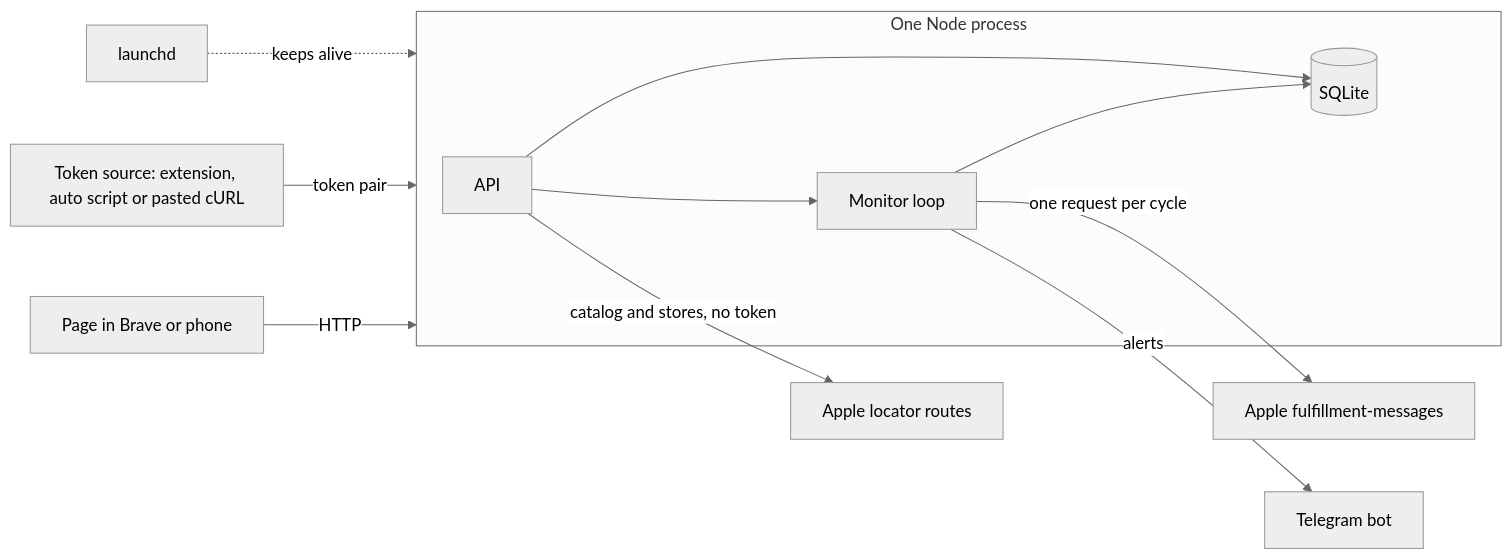
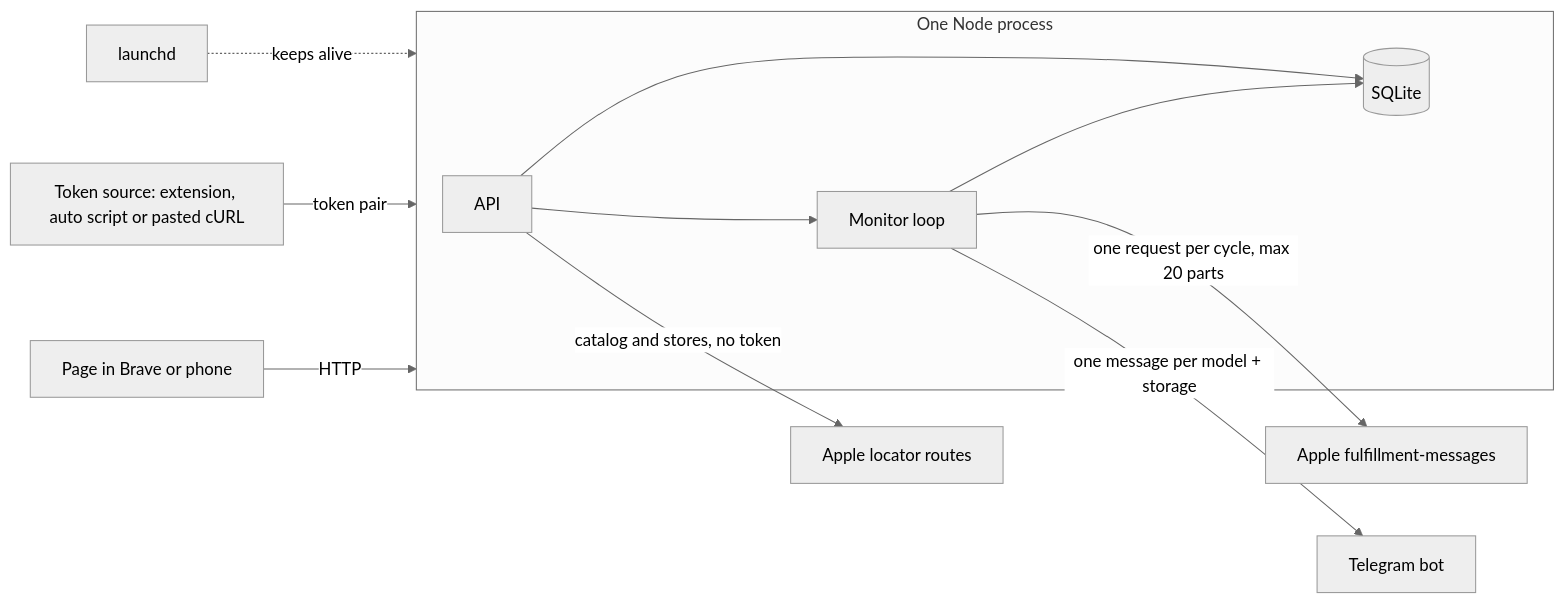
One commit to fabricio21x/apple-pickup-watch changed the first of 2 diagrams in docs/features/2026-10-22-pickup-watch/overview.md. Above: the diagram before and after it, drawn with Mermaid (neutral theme). The commit also changed other lines of this file and 2 other files, not shown here.

Commit message:
docs: apply amendment panel findings and per-color buy buttons for pickup-watch

````diff
--- a/docs/features/2026-10-22-pickup-watch/overview.md
+++ b/docs/features/2026-10-22-pickup-watch/overview.md
@@ -11,14 +11,14 @@
 ```mermaid
 graph LR
   page[Page in Brave or phone] -->|HTTP| server
   src[Token source: extension, auto script or pasted cURL] -->|token pair| server
   subgraph server[One Node process]
     api[API] --> monitor[Monitor loop]
     monitor --> db[(SQLite)]
     api --> db
   end
-  monitor -->|one request per cycle| apple[Apple fulfillment-messages]
+  monitor -->|one request per cycle, max 20 parts| apple[Apple fulfillment-messages]
   api -->|catalog and stores, no token| applepub[Apple locator routes]
-  monitor -->|alerts| tg[Telegram bot]
+  monitor -->|one message per model + storage| tg[Telegram bot]
   launchd[launchd] -. keeps alive .-> server
 ```
````
